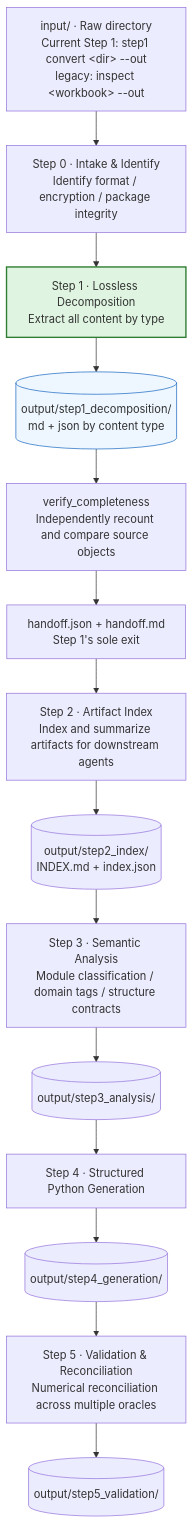
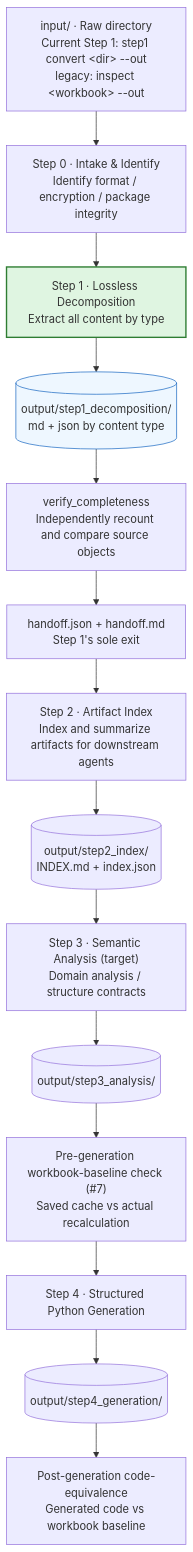
One commit to ferryhe/excel_to_act changed the first of 2 diagrams in README.md. Above: the diagram before and after it, drawn with Mermaid. The commit also changed other lines of this file and 5 other files, not shown here.

Commit message:
docs: define layered architecture boundaries (#36)

````diff
--- a/README.md
+++ b/README.md
@@ -21,22 +21,22 @@
 ```mermaid
 flowchart TD
     IN["input/ · Raw directory<br/>Current Step 1: step1 convert &lt;dir&gt; --out<br/>legacy: inspect &lt;workbook&gt; --out"]
     S0["Step 0 · Intake &amp; Identify<br/>Identify format / encryption / package integrity"]
     S1["Step 1 · Lossless Decomposition<br/>Extract all content by type"]
     O1[("output/step1_decomposition/<br/>md + json by content type")]
     V["verify_completeness<br/>Independently recount and compare source objects"]
     H["handoff.json + handoff.md<br/>Step 1's sole exit"]
     S2["Step 2 · Artifact Index<br/>Index and summarize artifacts for downstream agents"]
     O2[("output/step2_index/<br/>INDEX.md + index.json")]
-    S3["Step 3 · Semantic Analysis<br/>Module classification / domain tags / structure contracts"]
+    S3["Step 3 · Semantic Analysis (target)<br/>Domain analysis / structure contracts"]
     O3[("output/step3_analysis/")]
+    B0["Pre-generation workbook-baseline check (#7)<br/>Saved cache vs actual recalculation"]
     S4["Step 4 · Structured Python Generation"]
     O4[("output/step4_generation/")]
-    S5["Step 5 · Validation &amp; Reconciliation<br/>Numerical reconciliation across multiple oracles"]
-    O5[("output/step5_validation/")]
+    B1["Post-generation code-equivalence<br/>Generated code vs workbook baseline"]
 
-    IN --> S0 --> S1 --> O1 --> V --> H --> S2 --> O2 --> S3 --> O3 --> S4 --> O4 --> S5 --> O5
+    IN --> S0 --> S1 --> O1 --> V --> H --> S2 --> O2 --> S3 --> O3 --> B0 --> S4 --> O4 --> B1
 
     style S1 fill:#dff5e1,stroke:#2e7d32,stroke-width:2px
     style O1 fill:#eef7ff,stroke:#1565c0
 ```
````
